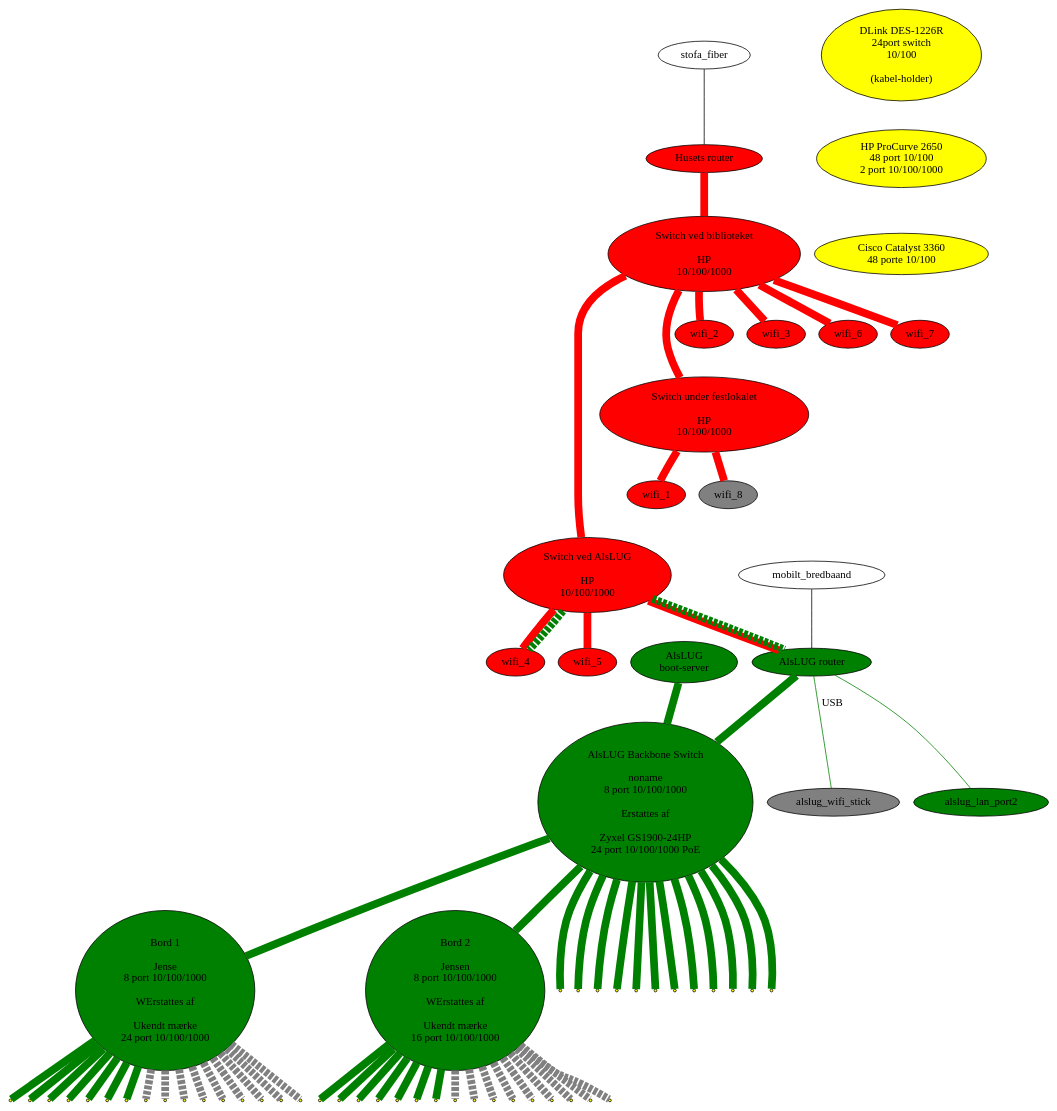
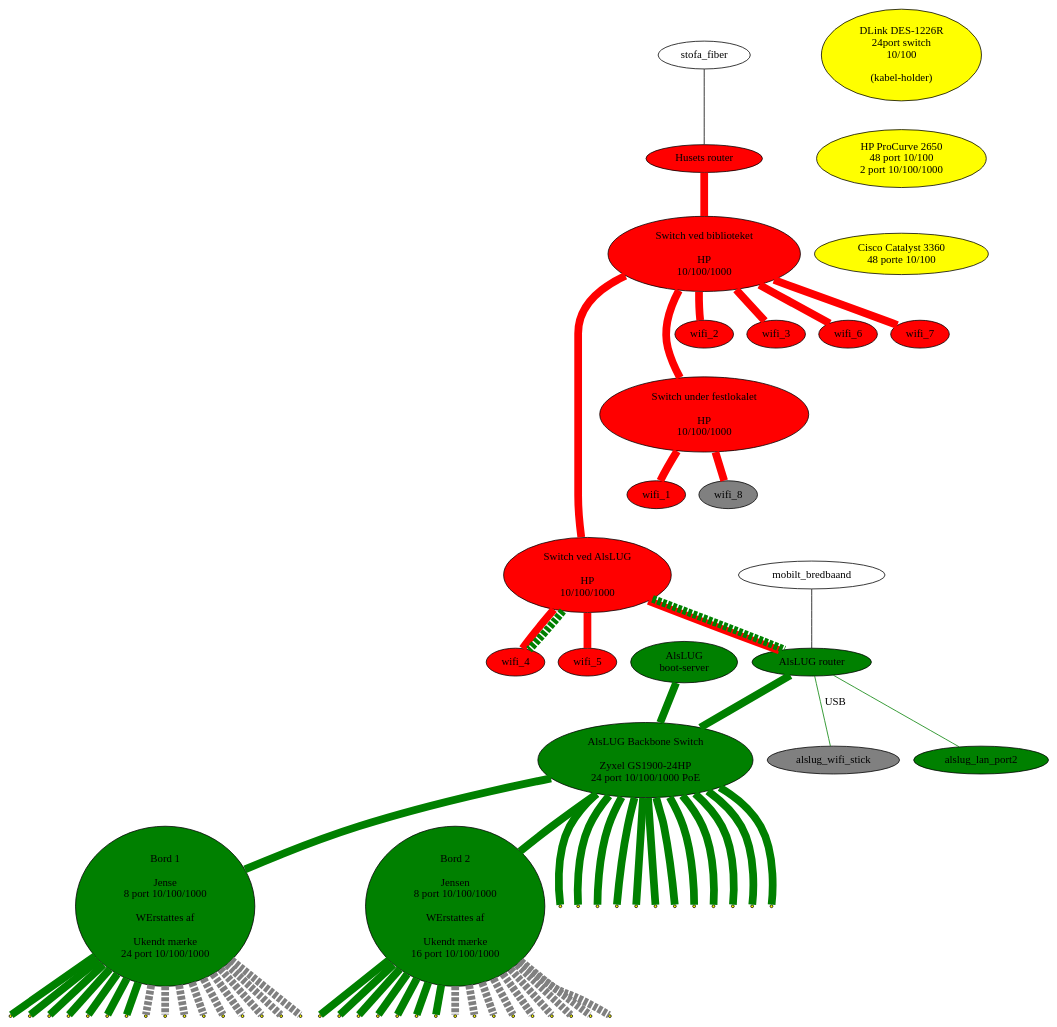
Before and after one commit to alslug/alslug.dk: the diagram in projekter/network.dot, drawn with Graphviz.

```diff
--- a/projekter/network.dot
+++ b/projekter/network.dot
@@ -1,80 +1,80 @@
 digraph xxx {
 #  link_12a [ shape=point ];
 #  link_12b [ shape=point ];
 #  link_12c [ shape=point ];
   edge [ dir=none penwidth=10 ];
 
   node [ style=filled fillcolor=red ];
   husets_router [ label="Husets router" ];
   husets_switch_1 [ label="Switch ved biblioteket\n\nHP\n10/100/1000" ];
   husets_switch_2 [ label="Switch ved AlsLUG\n\nHP\n10/100/1000" ];
   festlokale_switch [ label="Switch under festlokalet\n\nHP\n10/100/1000" ];
   wifi_1 wifi_2 wifi_3 wifi_4 wifi_5 wifi_6 wifi_7;
   wifi_8 [ fillcolor=gray ];
   
   node [ style=filled fillcolor=green ];
   alslug_router [ label="AlsLUG router" ];
   alslug_gl_bootserver [ label="AlsLUG\nboot-server" ];
-  alslug_backbone_switch [ label="AlsLUG Backbone Switch\n\nnoname\n8 port 10/100/1000\n\n Erstattes af\n\nZyxel GS1900-24HP\n24 port 10/100/1000 PoE"];
+  alslug_backbone_switch [ label="AlsLUG Backbone Switch\n\nZyxel GS1900-24HP\n24 port 10/100/1000 PoE"];
   bord_1 [ label="Bord 1\n\nJense\n8 port 10/100/1000\n\n WErstattes af\n\nUkendt mærke\n24 port 10/100/1000"];
   bord_2 [ label="Bord 2\n\nJensen\n8 port 10/100/1000\n\n WErstattes af\n\nUkendt mærke\n16 port 10/100/1000"];
   alslug_wifi_stick alslug_lan_port2;
   
   // Udstyr som pt ikke bruges
   node [ style=filled fillcolor=yellow ];
   switch_24p      [ label="DLink DES-1226R\n24port switch\n10/100\n\n(kabel-holder)"];
   switch_48p      [ label="HP ProCurve 2650\n48 port 10/100\n2 port 10/100/1000"];
   switch_48p_poe  [ label="Cisco Catalyst 3360\n48 porte 10/100"];
   
   switch_24p -> switch_48p -> switch_48p_poe [ color=invis ];
   
   
   node [ style=normal ];
   // Internet forbindelser
   stofa_fiber      -> husets_router [ penwidth=1 fillcolor=black style=filled ];
   mobilt_bredbaand -> alslug_router [ penwidth=1 fillcolor=black style=filled ];
   
   // Husets forbindelser
   edge  [ color=red style=solid ];
   husets_router -> husets_switch_1 -> { wifi_2 wifi_3 wifi_6 wifi_7 };
   husets_switch_1 -> husets_switch_2 -> { wifi_4 wifi_5 alslug_router};
   husets_switch_1 -> festlokale_switch -> { wifi_1 wifi_8 };
 
   // VLAN forbindelser over bakkensbros netværk
   edge  [ color=green style=dashed ];
   husets_switch_2 -> { alslug_router wifi_4 };
 
   alslug_wifi_stick [ fillcolor=gray style=filled ];
 
   // Interne forbindelser
   edge [ color=green style=solid ];
   node [ shape=point ];
   {alslug_router alslug_gl_bootserver} -> alslug_backbone_switch -> { bord_1 bord_2 
                   vindue_left_12  vindue_left_11  vindue_left_10  vindue_left_9
                   vindue_center_8 vindue_center_7 vindue_center_6 vindue_center_5
                   vindue_right_4  vindue_right_3  vindue_right_2  vindue_right_1
                   }
 
   alslug_router -> alslug_wifi_stick [ penwidth=1 label="USB" ];
   alslug_router -> alslug_lan_port2 [ penwidth=1 ];
   
   bord_1 -> {
                   bord_1_1 bord_1_2 bord_1_3 bord_1_4
                   bord_1_5 bord_1_6 bord_1_7
                 };
   bord_1 -> {
                   bord_1_8 bord_1_9 bord_1_10 bord_1_11
                   bord_1_12 bord_1_13 bord_1_14 bord_1_15 bord_1_16
                 } [ style=dashed color=gray ];
   bord_2 -> {
                   bord_2_1 bord_2_2 bord_2_3 bord_2_4
                   bord_2_5 bord_2_6 bord_2_7
                 };
   bord_2 -> {
                   bord_2_8 bord_2_9 bord_2_10 bord_2_11
                   bord_2_12 bord_2_13 bord_2_14 bord_2_15 bord_2_16
                 } [ style=dashed color=gray ];
                 
   edge [ color=invis ];
   husets_switch_1 -> wifi_2 -> festlokale_switch -> wifi_1 -> husets_switch_2;
 }
```
